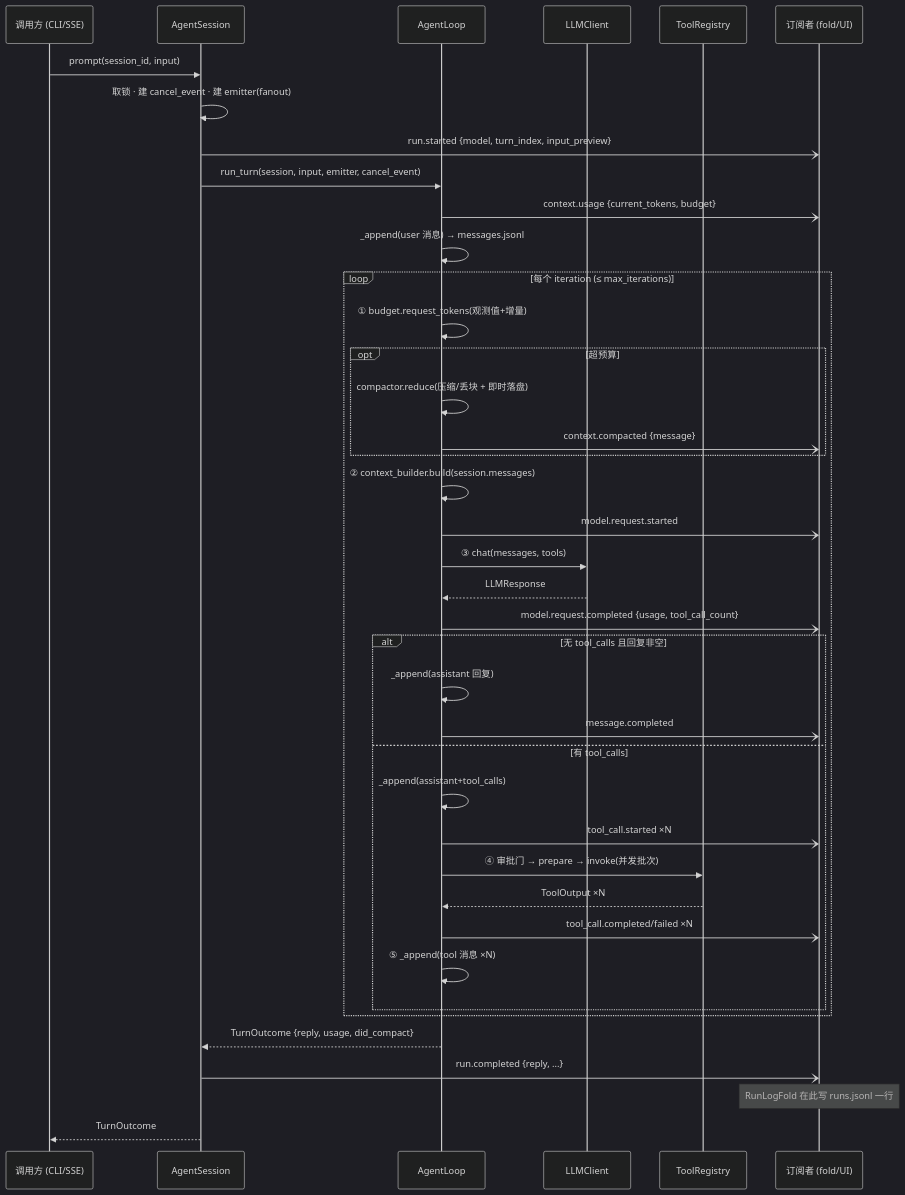
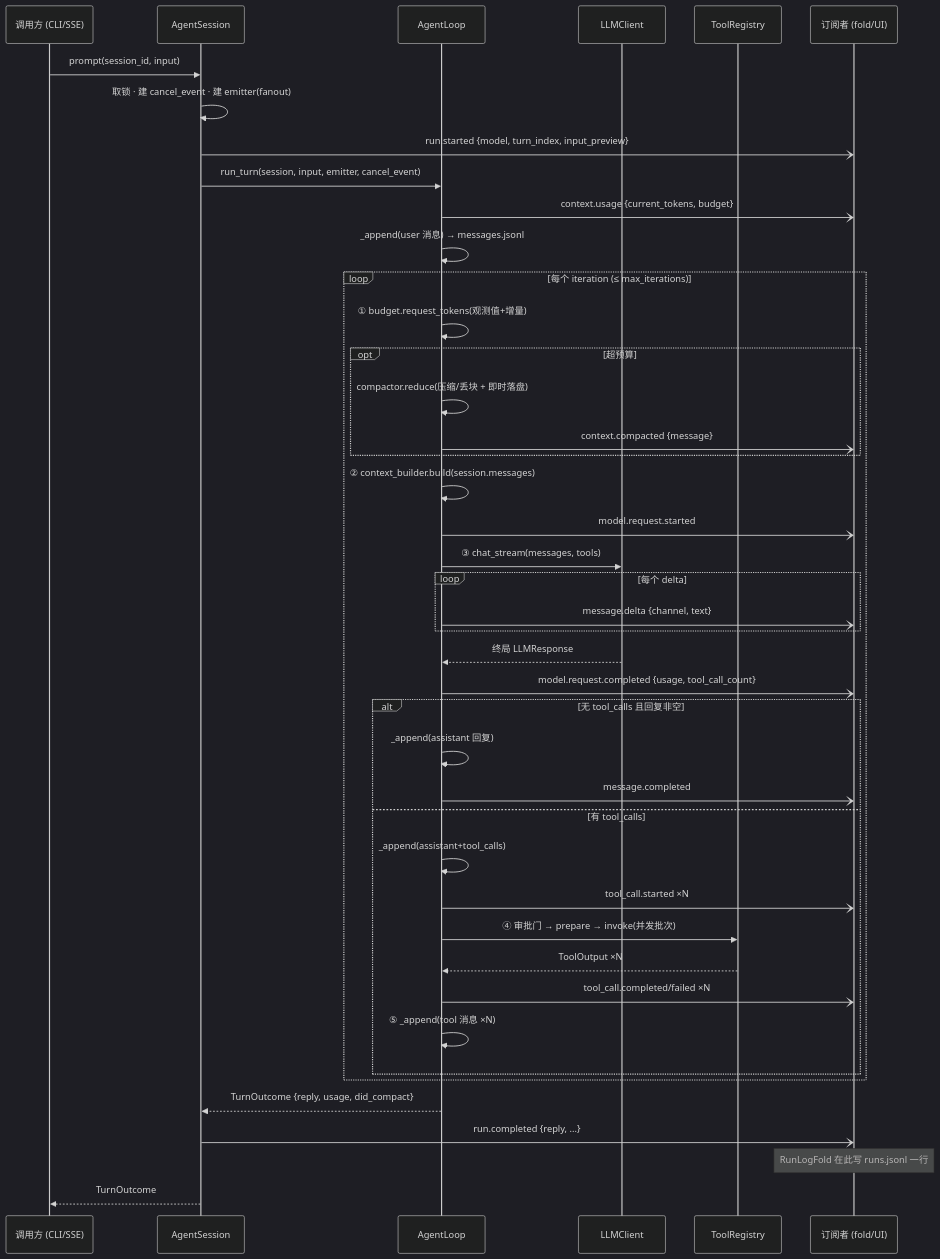
Before and after one commit to Jiminyang1/minibot: the second of 3 diagrams in docs/architecture.md, drawn with Mermaid (dark theme). The commit also changed other lines of this file and 3 other files, not shown here.

````diff
--- a/docs/architecture.md
+++ b/docs/architecture.md
@@ -87,43 +87,46 @@
 ```mermaid
 sequenceDiagram
     participant C as 调用方 (CLI/SSE)
     participant AS as AgentSession
     participant AL as AgentLoop
     participant L as LLMClient
     participant T as ToolRegistry
     participant S as 订阅者 (fold/UI)
 
     C->>AS: prompt(session_id, input)
     AS->>AS: 取锁 · 建 cancel_event · 建 emitter(fanout)
     AS-)S: run.started {model, turn_index, input_preview}
     AS->>AL: run_turn(session, input, emitter, cancel_event)
     AL-)S: context.usage {current_tokens, budget}
     AL->>AL: _append(user 消息) → messages.jsonl
     loop 每个 iteration (≤ max_iterations)
         AL->>AL: ① budget.request_tokens(观测值+增量)
         opt 超预算
             AL->>AL: compactor.reduce(压缩/丢块 + 即时落盘)
             AL-)S: context.compacted {message}
         end
         AL->>AL: ② context_builder.build(session.messages)
         AL-)S: model.request.started
-        AL->>L: ③ chat(messages, tools)
-        L-->>AL: LLMResponse
+        AL->>L: ③ chat_stream(messages, tools)
+        loop 每个 delta
+            AL-)S: message.delta {channel, text}
+        end
+        L-->>AL: 终局 LLMResponse
         AL-)S: model.request.completed {usage, tool_call_count}
         alt 无 tool_calls 且回复非空
             AL->>AL: _append(assistant 回复)
             AL-)S: message.completed
         else 有 tool_calls
             AL->>AL: _append(assistant+tool_calls)
             AL-)S: tool_call.started ×N
             AL->>T: ④ 审批门 → prepare → invoke(并发批次)
             T-->>AL: ToolOutput ×N
             AL-)S: tool_call.completed/failed ×N
             AL->>AL: ⑤ _append(tool 消息 ×N)
         end
     end
     AL-->>AS: TurnOutcome {reply, usage, did_compact}
     AS-)S: run.completed {reply, ...}
     Note over S: RunLogFold 在此写 runs.jsonl 一行
     AS-->>C: TurnOutcome
 ```
````
